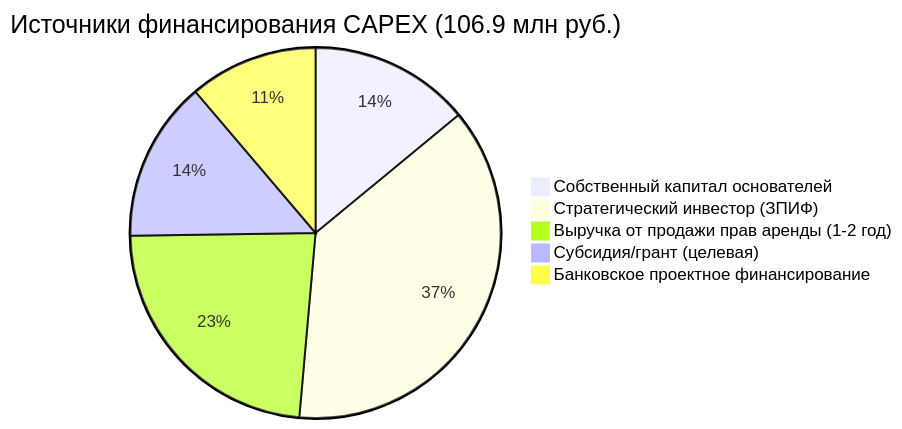
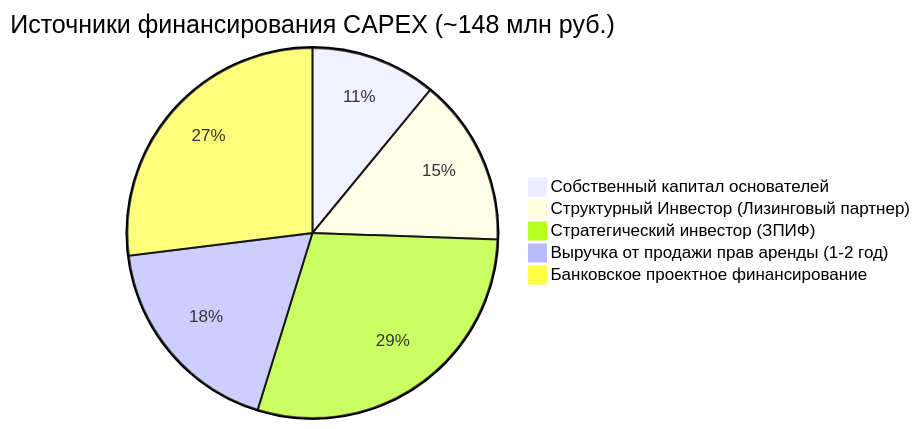
Before and after one commit to NeuroLoft/NEURO-ESTATE: the diagram in ТЭО_Родовое_Поместье_Кейс/ТЭО_Родовое_Поместье_Раздел_5_Финансовая_модель.md, drawn with Mermaid. The commit also changed other lines of this file and 30 other files, not shown here.

````diff
--- a/ТЭО_Родовое_Поместье_Кейс/ТЭО_Родовое_Поместье_Раздел_5_Финансовая_модель.md
+++ b/ТЭО_Родовое_Поместье_Кейс/ТЭО_Родовое_Поместье_Раздел_5_Финансовая_модель.md
@@ -208,8 +223,8 @@
 ```mermaid
-pie title Источники финансирования CAPEX (106.9 млн руб.)
+pie title Источники финансирования CAPEX (~148 млн руб.)
     "Собственный капитал основателей" : 15
+    "Структурный Инвестор (Лизинговый партнер)" : 20
     "Стратегический инвестор (ЗПИФ)" : 40
     "Выручка от продажи прав аренды (1-2 год)" : 25
-    "Субсидия/грант (целевая)" : 15
-    "Банковское проектное финансирование" : 12
+    "Банковское проектное финансирование" : 36.9
 ```
````
